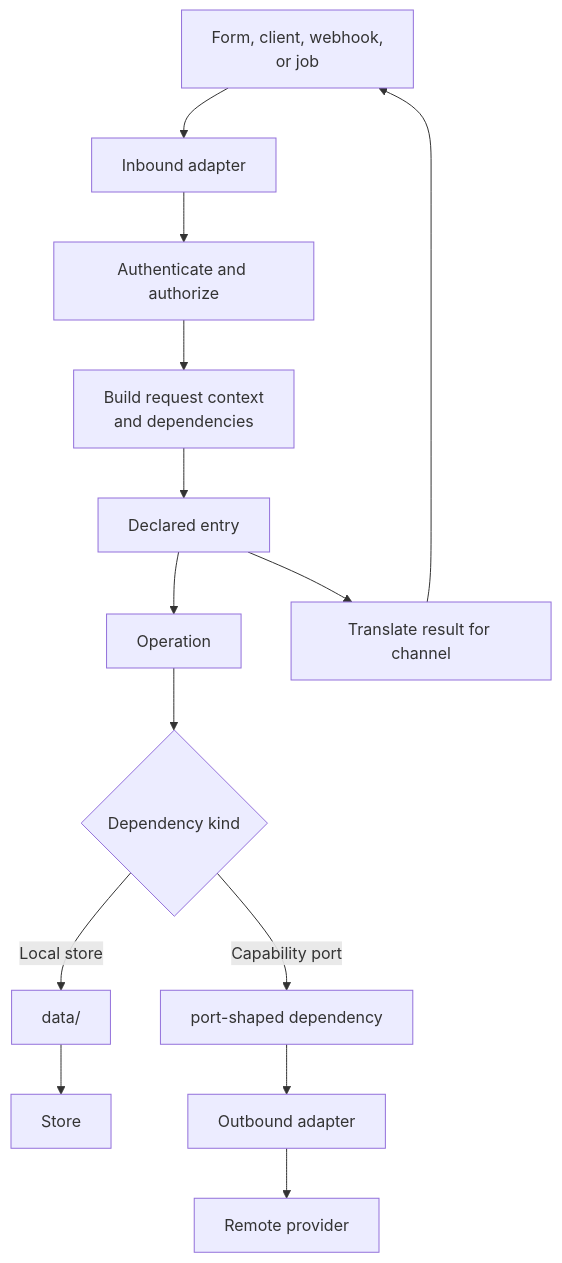
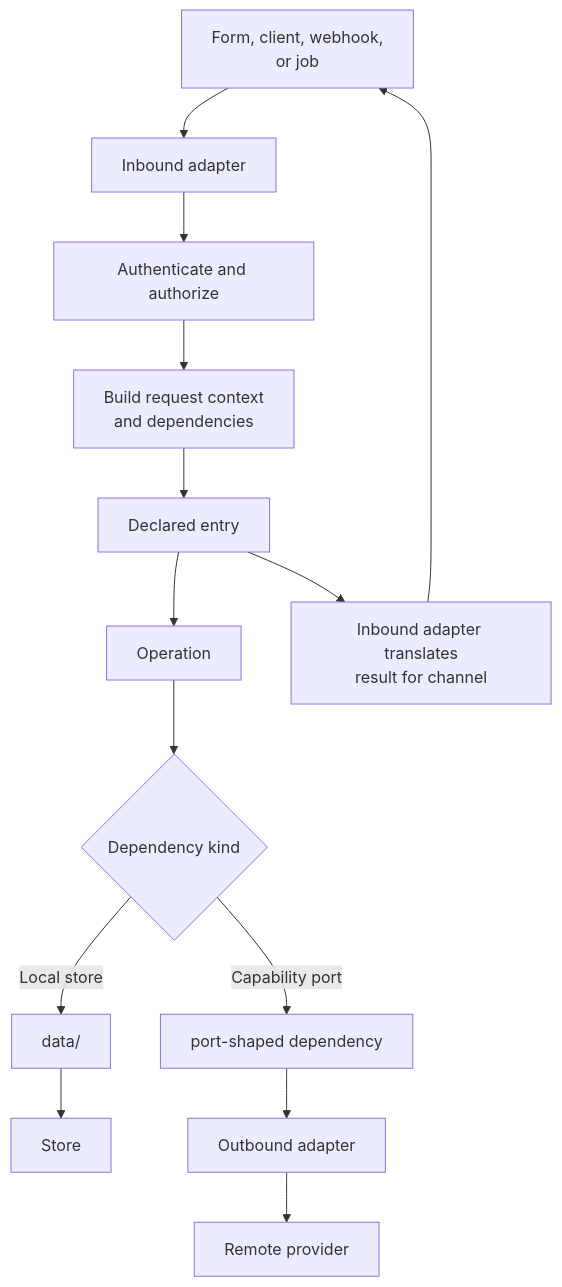
The second of 6 diagrams in docs/runtime-boundaries.md (clicktronix/nextjs-clean-skills), drawn with Mermaid before and after one commit. The commit also changed other lines of this file and 15 other files, not shown here.

Commit message:
Fix architecture contract review findings

````diff
--- a/docs/runtime-boundaries.md
+++ b/docs/runtime-boundaries.md
@@ -55,18 +55,18 @@
 ```mermaid
 flowchart TB
   accTitle: Runtime command flow
   accDescr: A command crosses a framework adapter, authorization, one declared boundary, an operation, and then a local data module or supplied port.
   Caller["Form, client, webhook,<br/>or job"] --> Adapter["Inbound adapter"]
   Adapter --> Auth["Authenticate and authorize"]
   Auth --> Context["Build request context<br/>and dependencies"]
   Context --> Entry["Declared entry"]
   Entry --> Operation["Operation"]
   Operation --> Kind{"Dependency kind"}
   Kind -->|Local store| Data["data/"]
   Kind -->|Capability port| Port["port-shaped dependency"]
   Data --> Store["Store"]
   Port --> Outbound["Outbound adapter"]
   Outbound --> Provider["Remote provider"]
-  Entry --> Translate["Translate result for channel"]
+  Entry --> Translate["Inbound adapter translates<br/>result for channel"]
   Translate --> Caller
 ```
````
